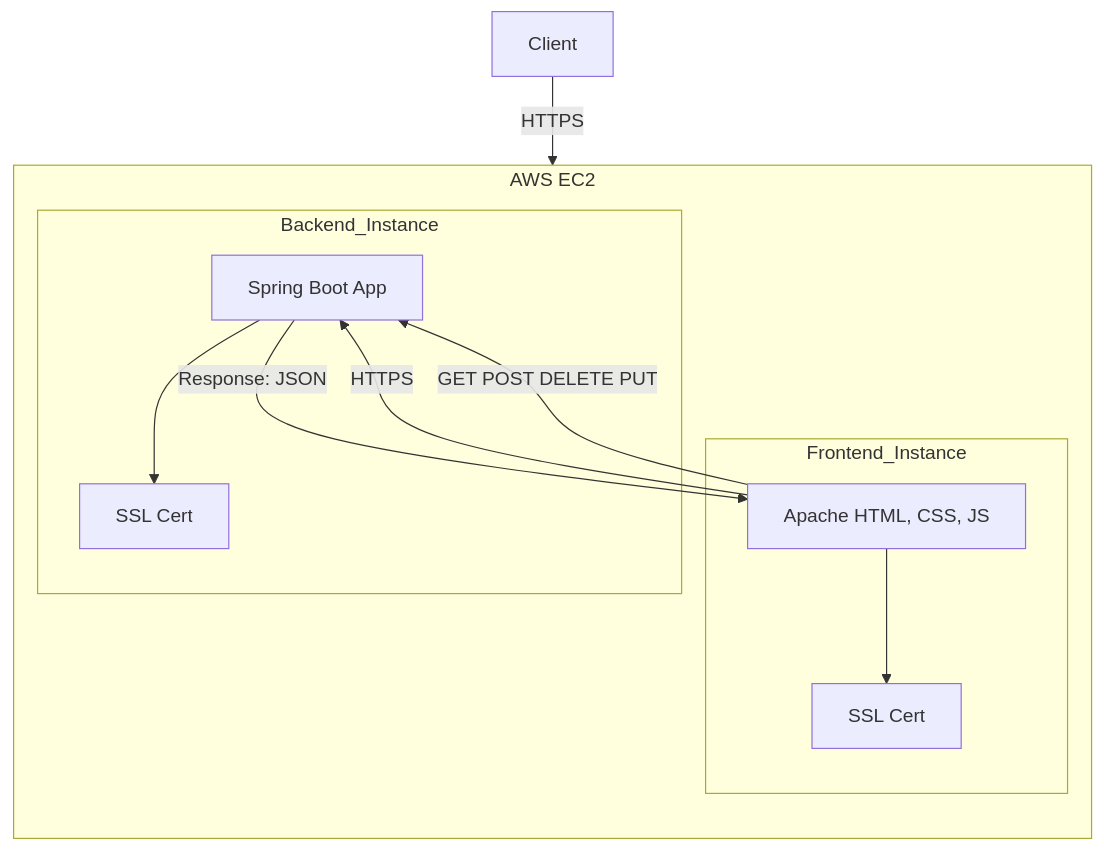
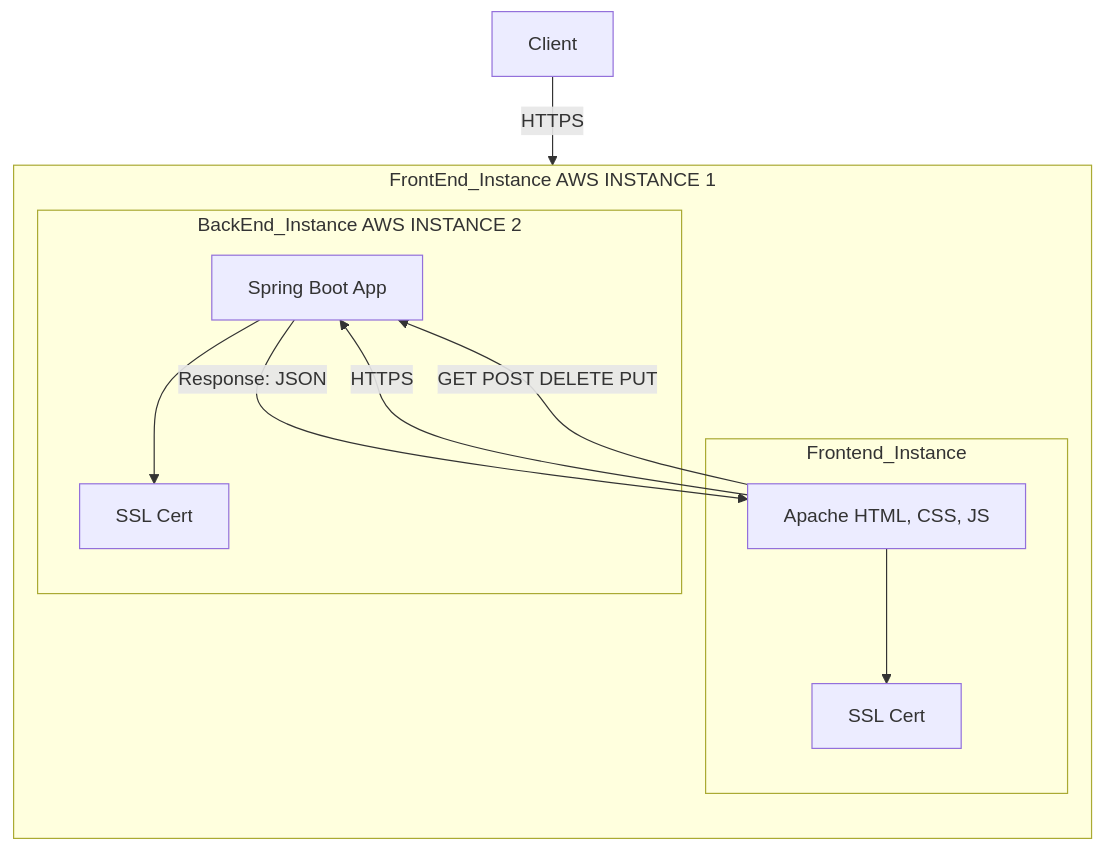
One commit to CamiloMurcia28/AREP-LAB06 changed the second of 2 diagrams in README.md. Above: the diagram before and after it, drawn with Mermaid.

````diff
--- a/README.md
+++ b/README.md
@@ -97,27 +97,27 @@
 ```mermaid
 graph TD
 
     F[Client] -->|HTTPS| B
 
-    subgraph "AWS EC2"
+    subgraph "FrontEnd_Instance" AWS INSTANCE 1
         direction TB
 
         subgraph Frontend_Instance
             B[Apache HTML, CSS, JS]
             C[SSL Cert]
             B --> C
         end
 
-        subgraph Backend_Instance
+        subgraph "BackEnd_Instance" AWS INSTANCE 2
             D[Spring Boot App]
             E[SSL Cert]
             D --> E
         end
 
         
 
         B -->|HTTPS| D
         B -->|GET POST DELETE PUT| D
         D -->|Response: JSON| B
     end
 ```
````
